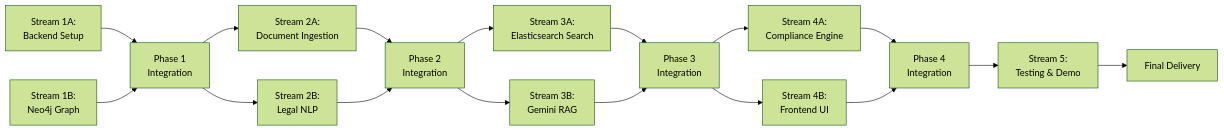
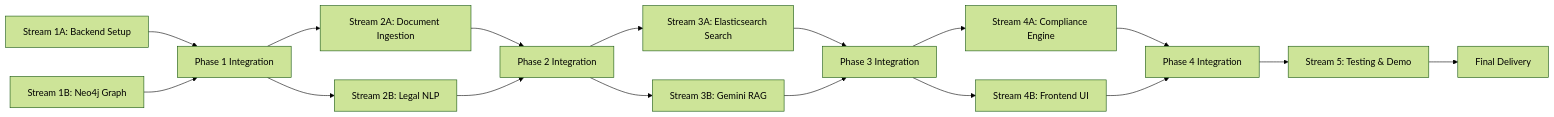
One commit to samjd-zz/g7-challenge changed the diagram in ai-tdd-docs/regulatory-intelligence-assistant/parallel-plan.md. Above: the diagram before and after it, drawn with Mermaid (forest theme). The commit also changed other lines of this file and 1 other file, not shown here.

````diff
--- a/ai-tdd-docs/regulatory-intelligence-assistant/parallel-plan.md
+++ b/ai-tdd-docs/regulatory-intelligence-assistant/parallel-plan.md
@@ -30,26 +71,26 @@
 ```mermaid
 flowchart LR
-    Phase1A[Stream 1A:<br/>Backend Setup] --> Integration1[Phase 1<br/>Integration]
-    Phase1B[Stream 1B:<br/>Neo4j Graph] --> Integration1
-    
-    Integration1 --> Phase2A[Stream 2A:<br/>Document Ingestion]
-    Integration1 --> Phase2B[Stream 2B:<br/>Legal NLP]
-    
-    Phase2A --> Integration2[Phase 2<br/>Integration]
+    Phase1A["Stream 1A: Backend Setup"] --> Integration1["Phase 1 Integration"]
+    Phase1B["Stream 1B: Neo4j Graph"] --> Integration1
+
+    Integration1 --> Phase2A["Stream 2A: Document Ingestion"]
+    Integration1 --> Phase2B["Stream 2B: Legal NLP"]
+
+    Phase2A --> Integration2["Phase 2 Integration"]
     Phase2B --> Integration2
-    
-    Integration2 --> Phase3A[Stream 3A:<br/>Elasticsearch Search]
-    Integration2 --> Phase3B[Stream 3B:<br/>Gemini RAG]
-    
-    Phase3A --> Integration3[Phase 3<br/>Integration]
+
+    Integration2 --> Phase3A["Stream 3A: Elasticsearch Search"]
+    Integration2 --> Phase3B["Stream 3B: Gemini RAG"]
+
+    Phase3A --> Integration3["Phase 3 Integration"]
     Phase3B --> Integration3
-    
-    Integration3 --> Phase4A[Stream 4A:<br/>Compliance Engine]
-    Integration3 --> Phase4B[Stream 4B:<br/>Frontend UI]
-    
-    Phase4A --> Integration4[Phase 4<br/>Integration]
+
+    Integration3 --> Phase4A["Stream 4A: Compliance Engine"]
+    Integration3 --> Phase4B["Stream 4B: Frontend UI"]
+
+    Phase4A --> Integration4["Phase 4 Integration"]
     Phase4B --> Integration4
-    
-    Integration4 --> Phase5[Stream 5:<br/>Testing & Demo]
-    Phase5 --> Final[Final Delivery]
+
+    Integration4 --> Phase5["Stream 5: Testing & Demo"]
+    Phase5 --> Final["Final Delivery"]
 ```
````
